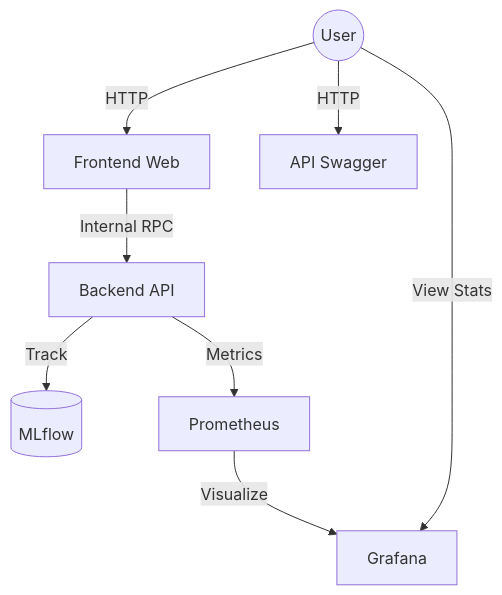
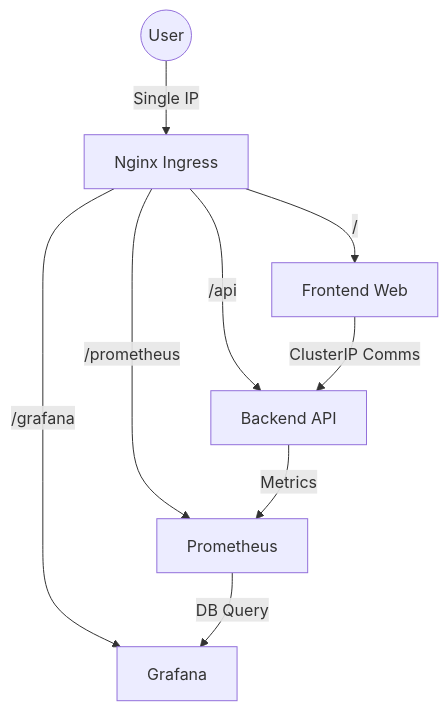
Before and after one commit to 2024ab05112/heart-disease-app: the diagram in README.md, drawn with Mermaid. The commit also changed other lines of this file and 9 other files, not shown here.

````diff
--- a/README.md
+++ b/README.md
@@ -27,10 +27,12 @@
 ```mermaid
 graph TD
-    User((User)) -->|HTTP| Frontend[Frontend Web]
-    User -->|HTTP| API_Docs[API Swagger]
-    Frontend -->|Internal RPC| Backend[Backend API]
-    Backend -->|Track| MLflow[(MLflow)]
-    Backend -->|Metrics| Prometheus[Prometheus]
-    Prometheus -->|Visualize| Grafana[Grafana]
-    User -->|View Stats| Grafana
+    User((User)) -->|Single IP| Ingress[Nginx Ingress]
+    Ingress -->|/| Frontend[Frontend Web]
+    Ingress -->|/api| Backend[Backend API]
+    Ingress -->|/grafana| Grafana[Grafana]
+    Ingress -->|/prometheus| Prometheus[Prometheus]
+    
+    Frontend -->|ClusterIP Comms| Backend
+    Backend -->|Metrics| Prometheus
+    Prometheus -->|DB Query| Grafana
 ```
````
